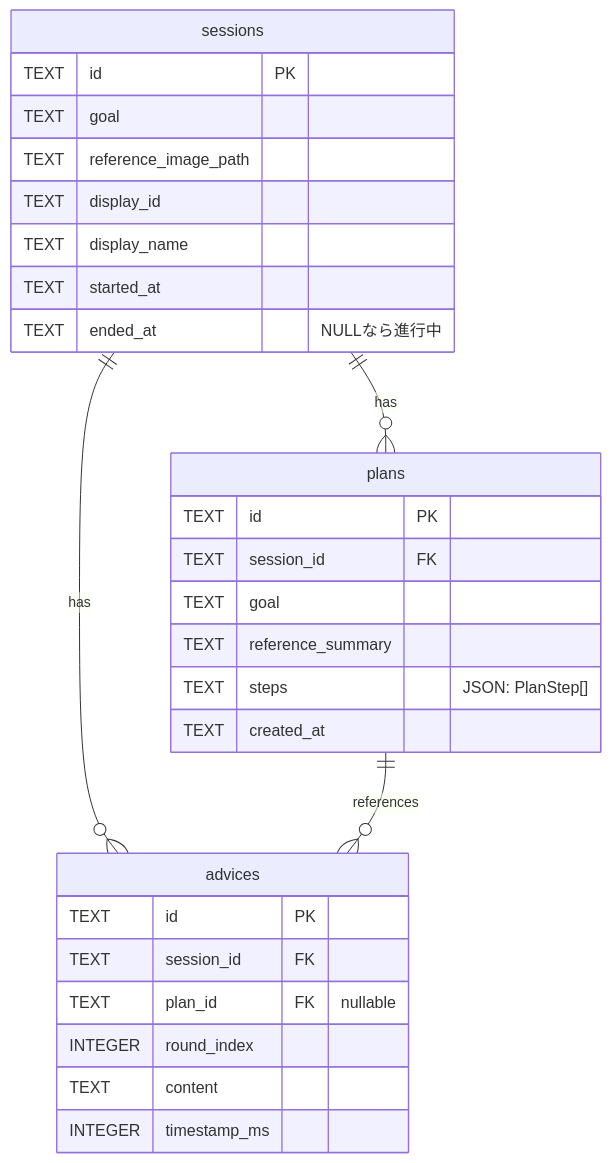
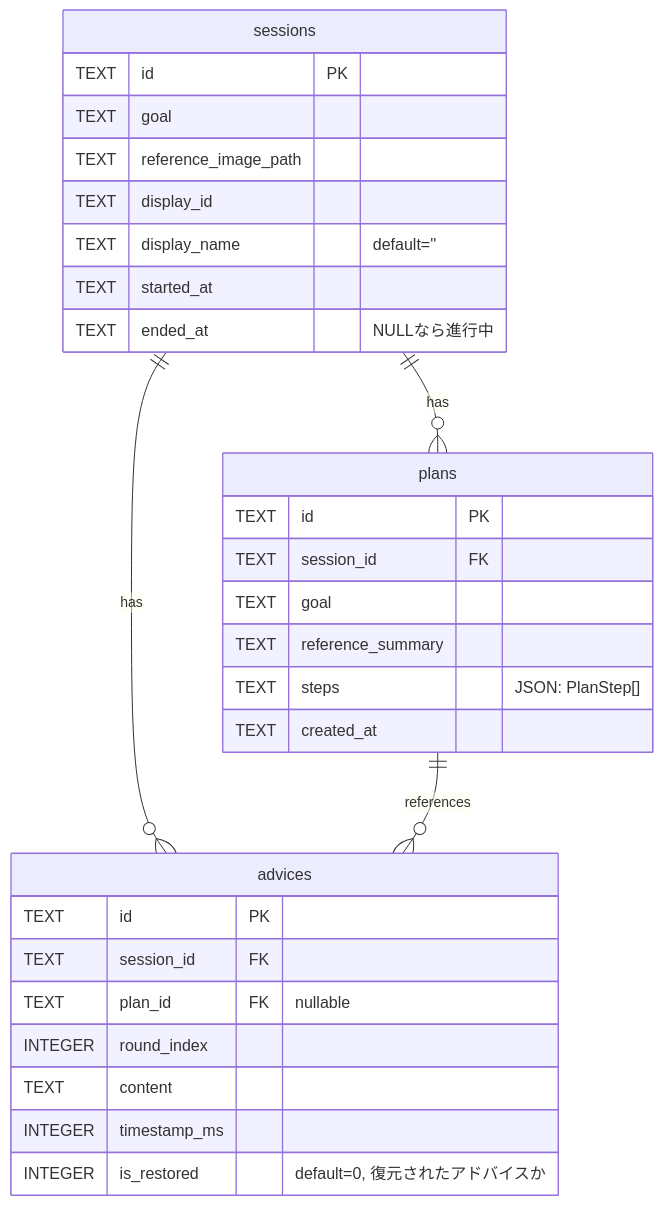
Before and after one commit to yukaorange/dcc_suport: diagram 24 of 28 in docs/architecture.md, drawn with Mermaid. The commit also changed other lines of this file and 3 other files, not shown here.

````diff
--- a/docs/architecture.md
+++ b/docs/architecture.md
@@ -696,34 +719,35 @@
 ```mermaid
 erDiagram
     sessions ||--o{ plans : "has"
     sessions ||--o{ advices : "has"
     plans ||--o{ advices : "references"
 
     sessions {
         TEXT id PK
         TEXT goal
         TEXT reference_image_path
         TEXT display_id
-        TEXT display_name
+        TEXT display_name "default=''"
         TEXT started_at
         TEXT ended_at "NULLなら進行中"
     }
 
     plans {
         TEXT id PK
         TEXT session_id FK
         TEXT goal
         TEXT reference_summary
         TEXT steps "JSON: PlanStep[]"
         TEXT created_at
     }
 
     advices {
         TEXT id PK
         TEXT session_id FK
         TEXT plan_id FK "nullable"
         INTEGER round_index
         TEXT content
         INTEGER timestamp_ms
+        INTEGER is_restored "default=0, 復元されたアドバイスか"
     }
 ```
````
